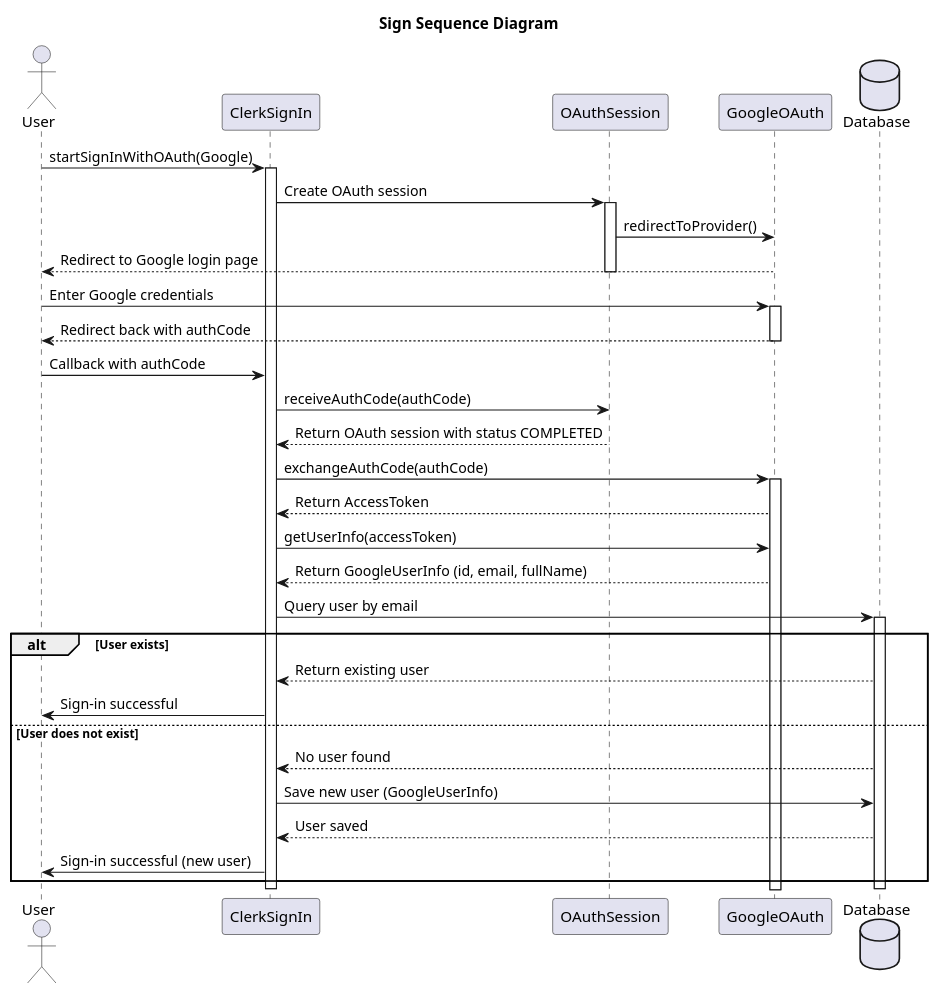
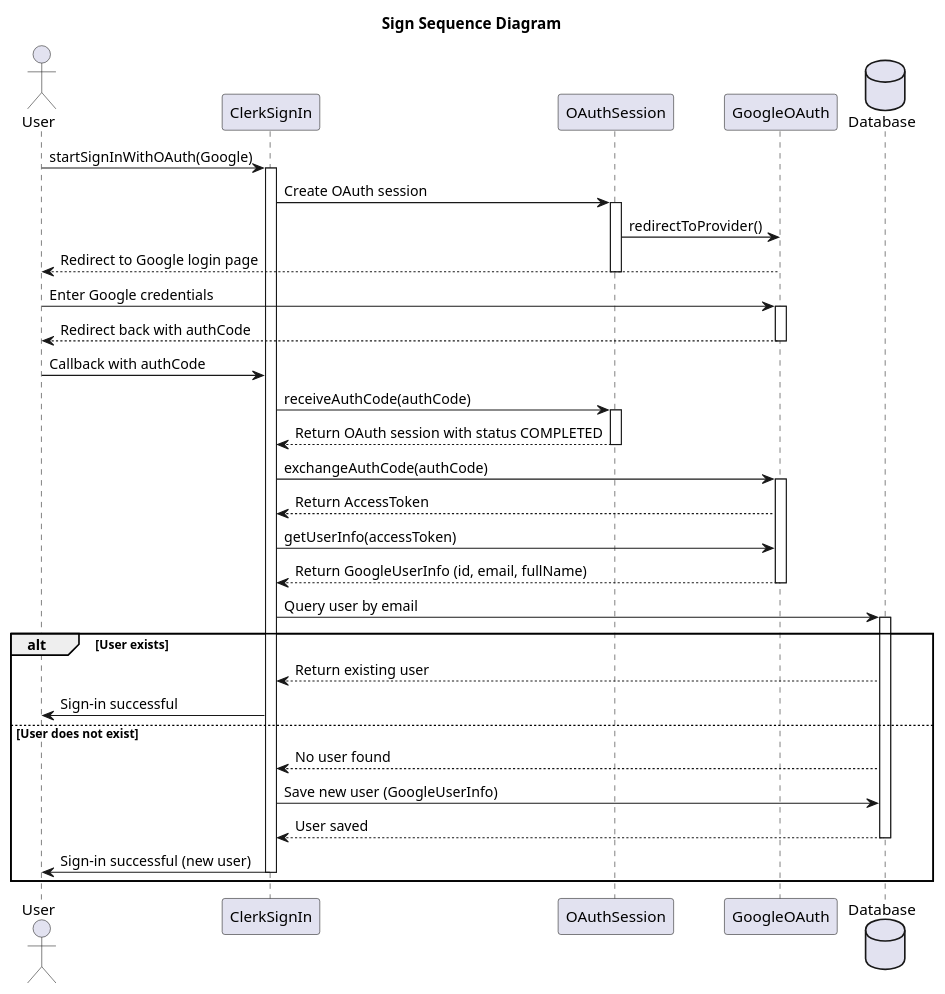
Before and after one commit to Caothuludau/InSyncDocument: the diagram in ClassDiagram/Authentication/SignInSequenceDiagram.plantuml, drawn with PlantUML. The commit also changed 53 other files, not shown here.

Commit message:
update diagram

```diff
--- a/ClassDiagram/Authentication/SignInSequenceDiagram.plantuml
+++ b/ClassDiagram/Authentication/SignInSequenceDiagram.plantuml
@@ -1,66 +1,71 @@
 @startuml SignSequenceDiagram
 skinparam classAttributeIconSize 0
 Title Sign Sequence Diagram
 'Character	Visibility
 '-			private
 '#			protected
 '~			package private
 '+			public
 
 'Extension	<|--	Quan hệ mở rộng từ (là extends hoặc implements nhưng ko có annotations trong code)
 'Composition	*--	 Quan hệ gắn kết chặt chẽ : part - of
 'Aggregation	o--	Quan hệ liên kết giữa hai thực thể : use, has
 
 ' Include các file vào trong file để sử dụng'
     actor "User" as U
 participant "ClerkSignIn" as CS
 participant "OAuthSession" as OS
 participant "GoogleOAuth" as GO
 database "Database" as DB
 
 ' Người dùng bắt đầu quy trình đăng nhập
 U -> CS : startSignInWithOAuth(Google)
 activate CS
 CS -> OS : Create OAuth session
 activate OS
 OS -> GO : redirectToProvider()
 GO --> U : Redirect to Google login page
 deactivate OS
 
 ' Người dùng đăng nhập vào Google
 U -> GO : Enter Google credentials
 activate GO
 GO --> U : Redirect back with authCode
 deactivate GO
 
 ' Hệ thống nhận mã xác thực từ Google
 U -> CS : Callback with authCode
 CS -> OS : receiveAuthCode(authCode)
+activate OS
 OS --> CS : Return OAuth session with status COMPLETED
+deactivate OS
 
 ' Trao đổi mã xác thực để lấy access token
 CS -> GO : exchangeAuthCode(authCode)
 activate GO
 GO --> CS : Return AccessToken
 
 ' Lấy thông tin người dùng từ Google
 CS -> GO : getUserInfo(accessToken)
 GO --> CS : Return GoogleUserInfo (id, email, fullName)
+deactivate GO
 
 ' Kiểm tra người dùng trong hệ thống
 CS -> DB : Query user by email
 activate DB
 alt User exists
     DB --> CS : Return existing user
     CS -> U : Sign-in successful
 else User does not exist
     DB --> CS : No user found
     CS -> DB : Save new user (GoogleUserInfo)
     DB --> CS : User saved
+    deactivate DB
     CS -> U : Sign-in successful (new user)
+    deactivate CS
 end
 deactivate DB
 
 deactivate CS
 
 @enduml
```
